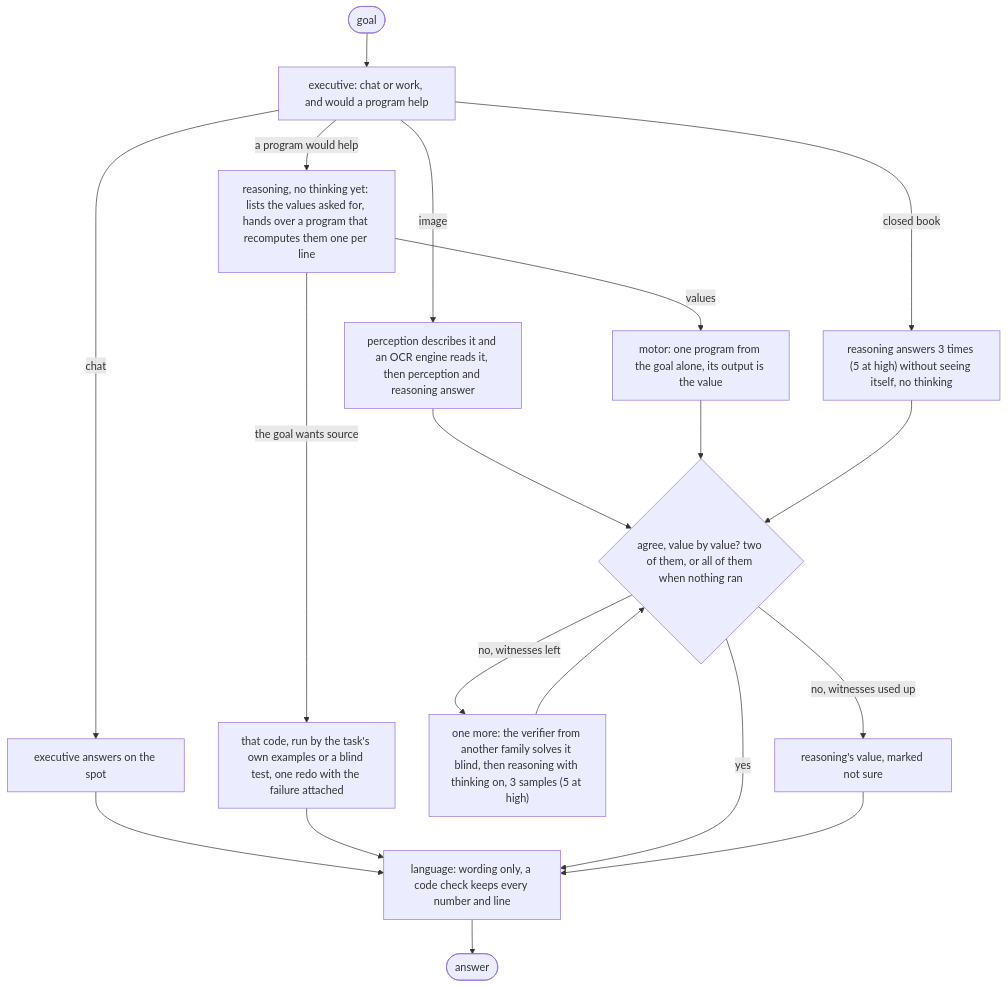
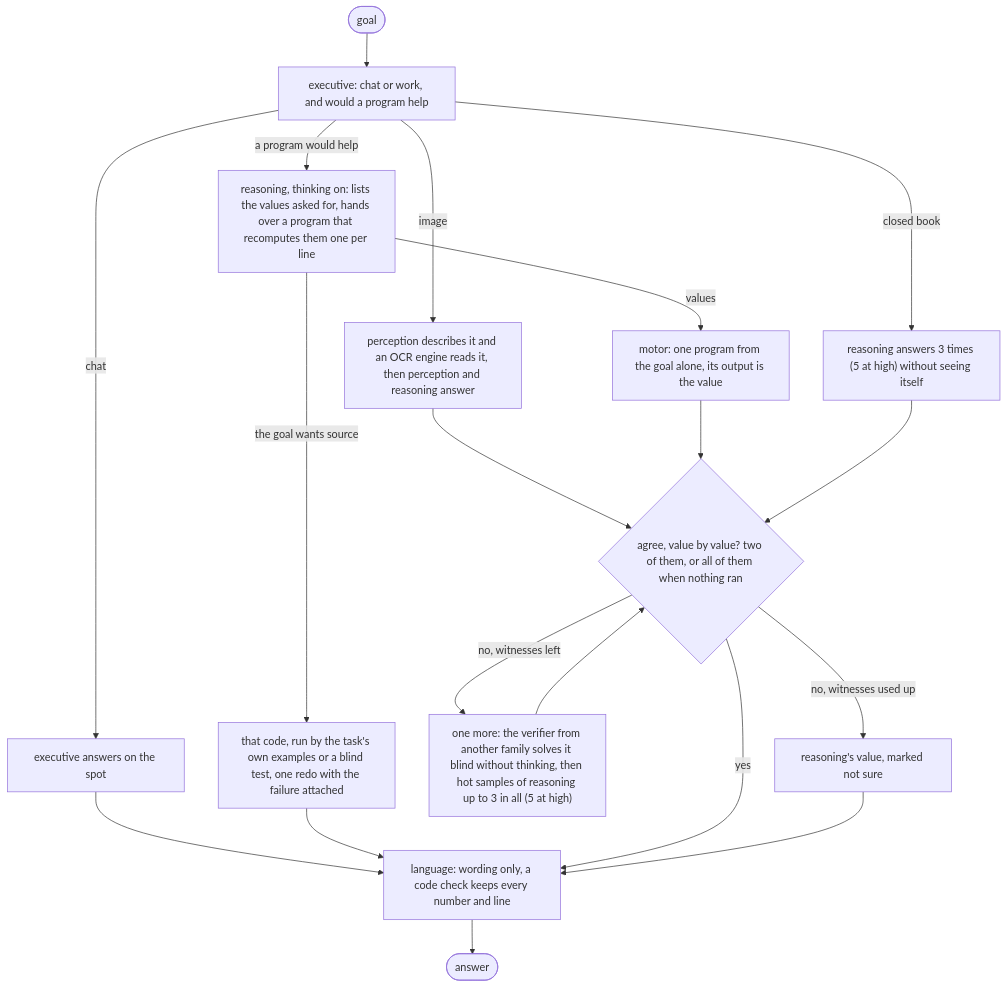
The second of 2 diagrams in README.md (VecSzn/lobes), drawn with Mermaid before and after one commit. The commit also changed other lines of this file and 16 other files, not shown here.

Commit message:
a program that ran cannot be outvoted by written values; the reasoning lobe thinks from its first sample; readme, report and architecture from the finished 5090 runs

````diff
--- a/README.md
+++ b/README.md
@@ -99,13 +96,13 @@
 ```mermaid
 flowchart TD
   G(["goal"]) --> E["executive: chat or work, and would a program help"]
   E -->|chat| F["executive answers on the spot"] --> L
   E -->|image| P["perception describes it and an OCR engine reads it, then perception and reasoning answer"] --> A
-  E -->|a program would help| R["reasoning, no thinking yet: lists the values asked for, hands over a program that recomputes them one per line"]
+  E -->|a program would help| R["reasoning, thinking on: lists the values asked for, hands over a program that recomputes them one per line"]
   R -->|the goal wants source| C["that code, run by the task's own examples or a blind test, one redo with the failure attached"] --> L
   R -->|values| M["motor: one program from the goal alone, its output is the value"] --> A{"agree, value by value? two of them, or all of them when nothing ran"}
-  E -->|closed book| Q["reasoning answers 3 times (5 at high) without seeing itself, no thinking"] --> A
-  A -->|no, witnesses left| V["one more: the verifier from another family solves it blind, then reasoning with thinking on, 3 samples (5 at high)"] --> A
+  E -->|closed book| Q["reasoning answers 3 times (5 at high) without seeing itself"] --> A
+  A -->|no, witnesses left| V["one more: the verifier from another family solves it blind without thinking, then hot samples of reasoning up to 3 in all (5 at high)"] --> A
   A -->|yes| L["language: wording only, a code check keeps every number and line"] --> ANS(["answer"])
   A -->|no, witnesses used up| H["reasoning's value, marked not sure"] --> L
 ```
````
